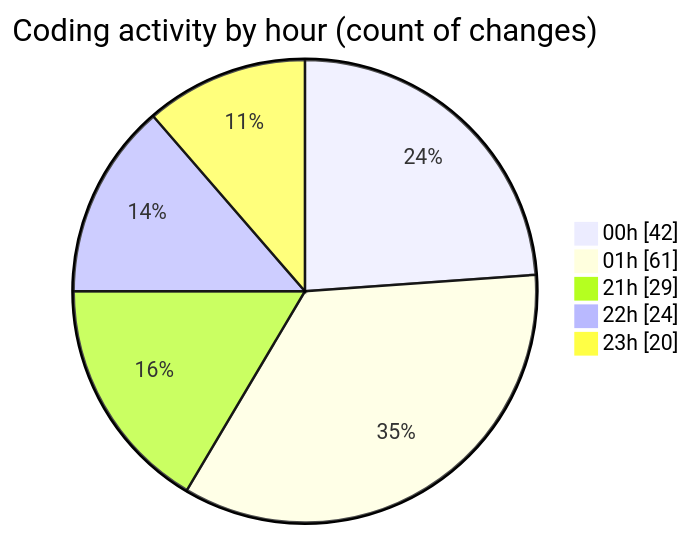
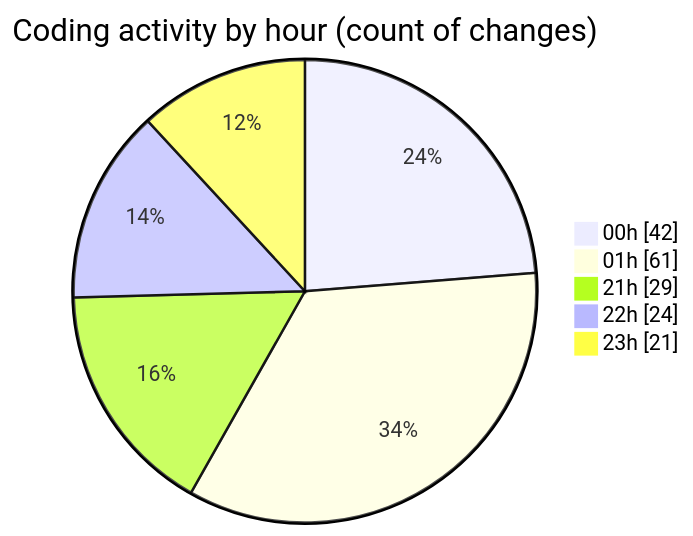
The second of 2 diagrams in 2025-08-12/rentotp/README.md (lephambinh05/code-tracking), drawn with Mermaid before and after one commit. The commit also changed other lines of this file and 1 other file, not shown here.

````diff
--- a/2025-08-12/rentotp/README.md
+++ b/2025-08-12/rentotp/README.md
@@ -56,9 +56,9 @@
 ```mermaid
 pie showData
 title Coding activity by hour (count of changes)
 "00h" : 42
 "01h" : 61
 "21h" : 29
 "22h" : 24
-"23h" : 20
+"23h" : 21
 ```
````
